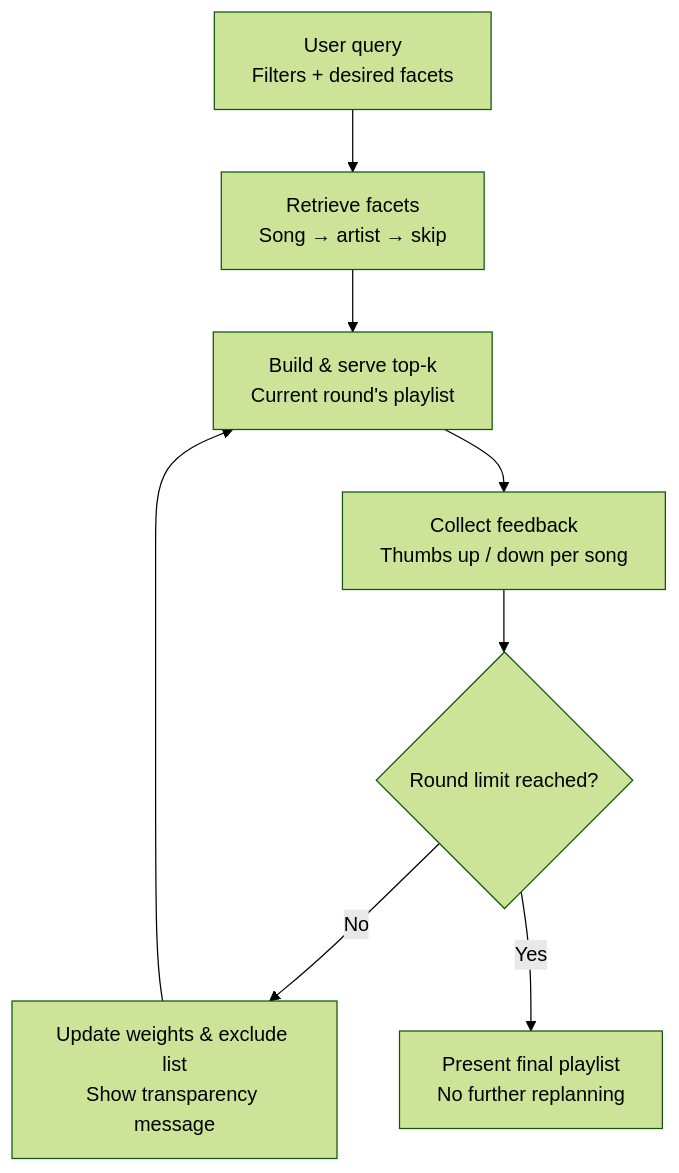
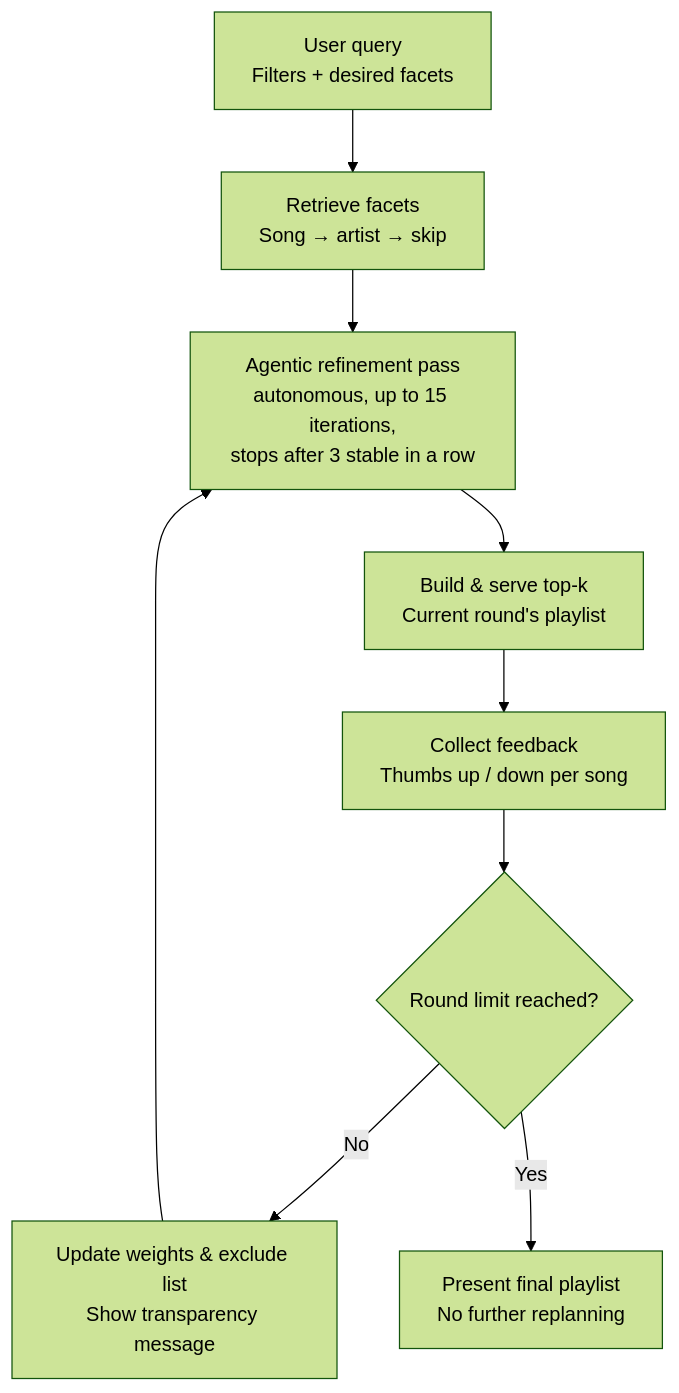
Before and after one commit to matt-skokos/applied-ai-music-recommender-w-agentic-loop: the diagram in assets/diagrams/flow_chart_main_loop_draft.mmd, drawn with Mermaid (forest theme). The commit also changed 3 other files, not shown here.

```diff
--- a/assets/diagrams/flow_chart_main_loop_draft.mmd
+++ b/assets/diagrams/flow_chart_main_loop_draft.mmd
@@ -1,8 +1,9 @@
 flowchart TD
     A[User query<br/>Filters + desired facets] --> B[Retrieve facets<br/>Song → artist → skip]
-    B --> C[Build & serve top-k<br/>Current round's playlist]
+    B --> R[Agentic refinement pass<br/>autonomous, up to 15 iterations,<br/>stops after 3 stable in a row]
+    R --> C[Build & serve top-k<br/>Current round's playlist]
     C --> D[Collect feedback<br/>Thumbs up / down per song]
     D --> E{Round limit reached?}
     E -- No --> F[Update weights & exclude list<br/>Show transparency message]
-    F --> C
+    F --> R
     E -- Yes --> G[Present final playlist<br/>No further replanning]
```
